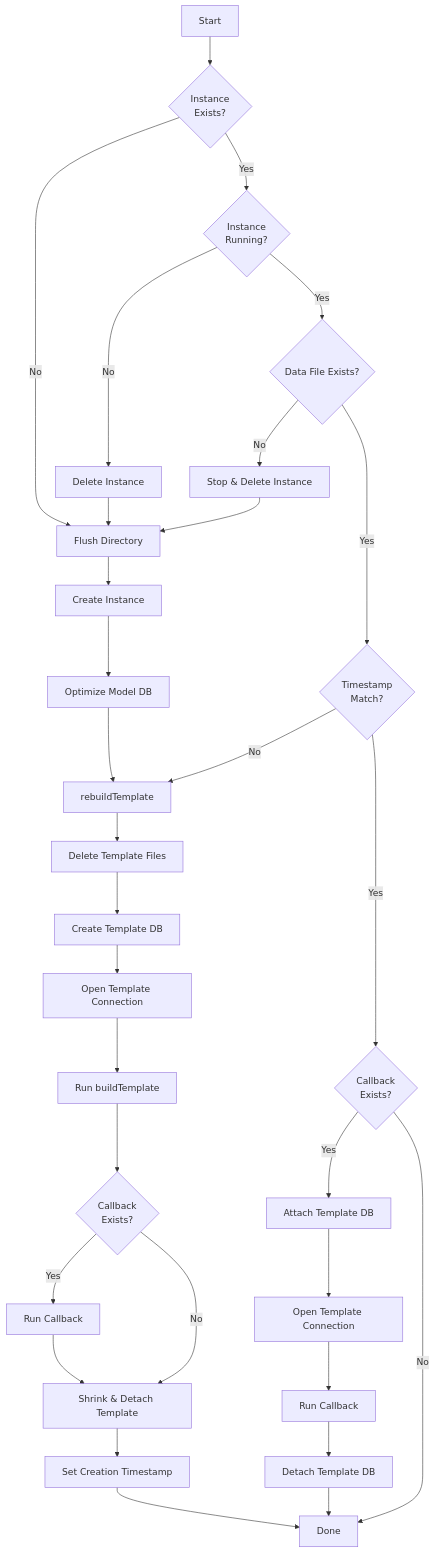
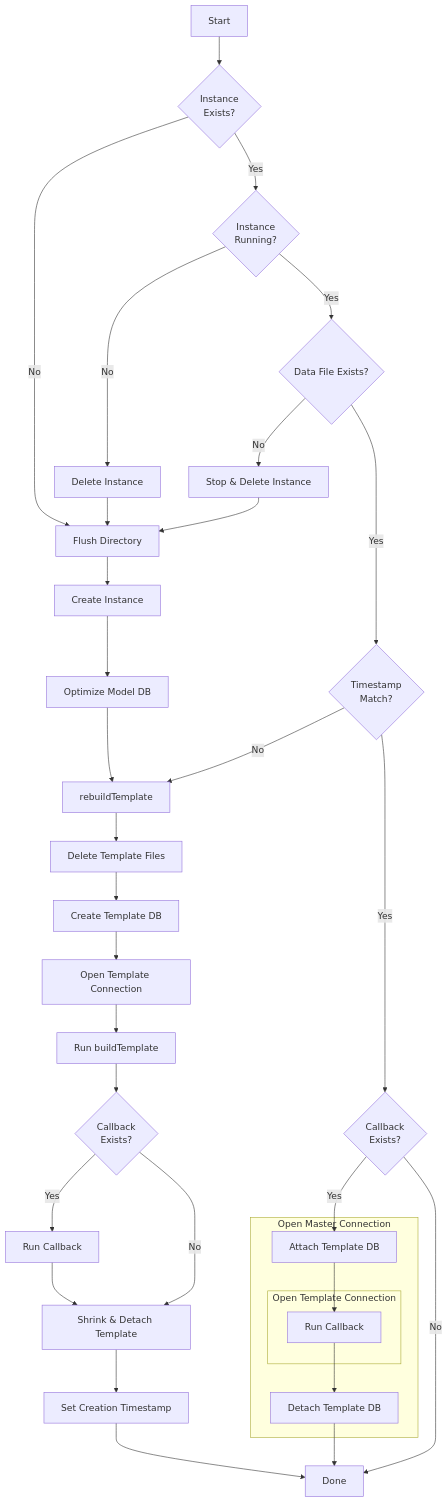
One commit to SimonCropp/LocalDb changed the second of 5 diagrams in docs/mdsource/workflow.md. Above: the diagram before and after it, drawn with Mermaid.

````diff
--- a/docs/mdsource/workflow.md
+++ b/docs/mdsource/workflow.md
@@ -45,68 +45,73 @@
 ```mermaid
 flowchart TD
 
     start[Start]
     deleteFiles[Delete Template Files]
     flushDir[Flush Directory]
     createInstance[Create Instance]
     checkExists{Instance<br>Exists?}
     checkRunning{Instance<br>Running?}
     deleteInstance[Delete Instance]
     optimizeModel[Optimize Model DB]
     checkTimestamp{Timestamp<br>Match?}
     checkCallback{Callback<br>Exists?}
     stopAndDelete[Stop & Delete Instance]
     checkDataFile{Data File Exists?}
     openTemplateConn[Open Template Connection]
     createTemplateDb[Create Template DB]
     runBuildTemplate[Run buildTemplate]
     checkCallbackAfterBuild{Callback<br>Exists?}
     runCallbackAfterBuild[Run Callback]
     detachShrink[Shrink & Detach Template]
     setTimestamp[Set Creation Timestamp]
-    attachTemplate[Attach Template DB]
-    openForCallback[Open Template Connection]
-    runCallback[Run Callback]
-    detachTemplate[Detach Template DB]
+
+    subgraph openMasterForExistingBox[Open Master Connection]
+        attachTemplate[Attach Template DB]
+        subgraph openTemplateForExistingBox[Open Template Connection]
+            runCallback[Run Callback]
+        end
+        detachTemplate[Detach Template DB]
+    end
+
+
     done[Done]
 
     start --> checkExists
 
     checkExists -->|No| flushDir
     checkExists -->|Yes| checkRunning
 
     checkRunning -->|No| deleteInstance
     deleteInstance --> flushDir
 
     checkRunning -->|Yes| checkDataFile
 
     checkDataFile -->|No| stopAndDelete
     stopAndDelete --> flushDir
 
     checkDataFile -->|Yes| checkTimestamp
 
     checkTimestamp -->|No| rebuildTemplate
 
     checkTimestamp -->|Yes| checkCallback
     flushDir --> createInstance
     createInstance --> optimizeModel
     optimizeModel --> rebuildTemplate
     rebuildTemplate --> deleteFiles
     deleteFiles --> createTemplateDb
     createTemplateDb --> openTemplateConn
     openTemplateConn --> runBuildTemplate
     runBuildTemplate --> checkCallbackAfterBuild
     checkCallbackAfterBuild -->|Yes| runCallbackAfterBuild
     checkCallbackAfterBuild -->|No| detachShrink
     runCallbackAfterBuild --> detachShrink
     detachShrink --> setTimestamp
 
     checkCallback -->|Yes| attachTemplate
-    attachTemplate --> openForCallback
-    openForCallback --> runCallback
+    attachTemplate --> runCallback
     runCallback --> detachTemplate
 
     checkCallback -->|No| done
     detachTemplate --> done
     setTimestamp --> done
 ```
````
